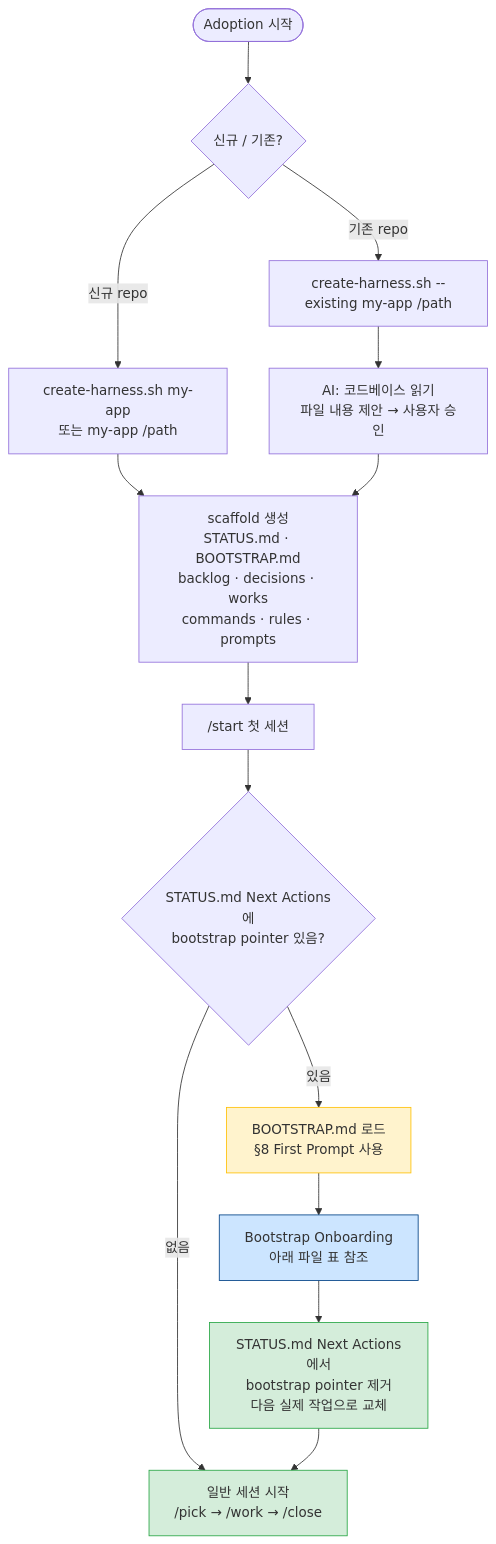
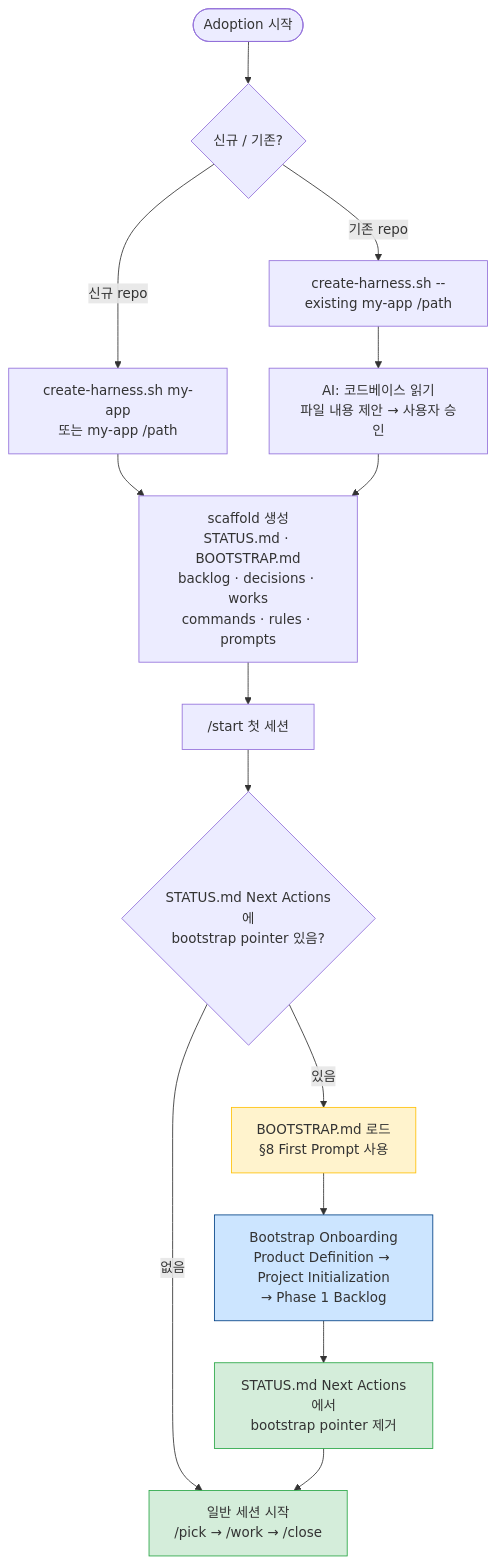
Before and after one commit to kyungseo/ai-workflow-harness: the sixth of 6 diagrams in README.md, drawn with Mermaid. The commit also changed other lines of this file and 5 other files, not shown here.

````diff
--- a/README.md
+++ b/README.md
@@ -660,29 +384,29 @@
 ```mermaid
 flowchart TD
     A(["Adoption 시작"]) --> B{"신규 / 기존?"}
 
     B -- "신규 repo" --> C["create-harness.sh my-app\n또는 my-app /path"]
     B -- "기존 repo" --> D["create-harness.sh --existing my-app /path"]
 
     C --> E["scaffold 생성\nSTATUS.md · BOOTSTRAP.md\nbacklog · decisions · works\ncommands · rules · prompts"]
     D --> F["AI: 코드베이스 읽기\n파일 내용 제안 → 사용자 승인"]
     F --> E
 
     E --> G["/start 첫 세션"]
 
     G --> H{"STATUS.md Next Actions에\nbootstrap pointer 있음?"}
 
     H -- "없음" --> I["일반 세션 시작\n/pick → /work → /close"]
     H -- "있음" --> J["BOOTSTRAP.md 로드\n§8 First Prompt 사용"]
 
-    J --> K["Bootstrap Onboarding\n아래 파일 표 참조"]
+    J --> K["Bootstrap Onboarding\nProduct Definition → Project Initialization\n→ Phase 1 Backlog"]
 
-    K --> L["STATUS.md Next Actions에서\nbootstrap pointer 제거\n다음 실제 작업으로 교체"]
+    K --> L["STATUS.md Next Actions에서\nbootstrap pointer 제거"]
 
     L --> I
 
     style J fill:#fff3cd,stroke:#ffc107
     style K fill:#cce5ff,stroke:#004085
     style L fill:#d4edda,stroke:#28a745
     style I fill:#d4edda,stroke:#28a745
 ```
````
